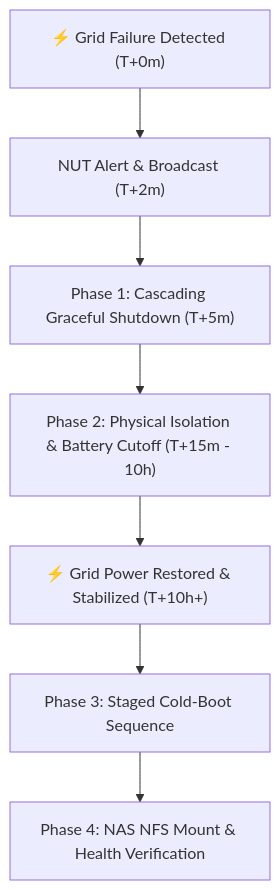
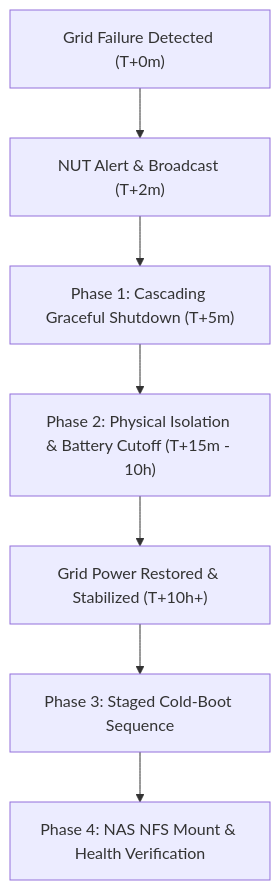
One commit to stefanutc1/datacenter changed the diagram in wiki/Runbooks-and-Disaster-Recovery.md. Above: the diagram before and after it, drawn with Mermaid. The commit also changed other lines of this file and 71 other files, not shown here.

````diff
--- a/wiki/Runbooks-and-Disaster-Recovery.md
+++ b/wiki/Runbooks-and-Disaster-Recovery.md
@@ -7,9 +7,9 @@
 ```mermaid
 graph TD
-    A["⚡ Grid Failure Detected (T+0m)"] --> B["NUT Alert & Broadcast (T+2m)"]
+    A[" Grid Failure Detected (T+0m)"] --> B["NUT Alert & Broadcast (T+2m)"]
     B --> C["Phase 1: Cascading Graceful Shutdown (T+5m)"]
     C --> D["Phase 2: Physical Isolation & Battery Cutoff (T+15m - 10h)"]
-    D --> E["⚡ Grid Power Restored & Stabilized (T+10h+)"]
+    D --> E[" Grid Power Restored & Stabilized (T+10h+)"]
     E --> F["Phase 3: Staged Cold-Boot Sequence"]
     F --> G["Phase 4: NAS NFS Mount & Health Verification"]
 ```
````
